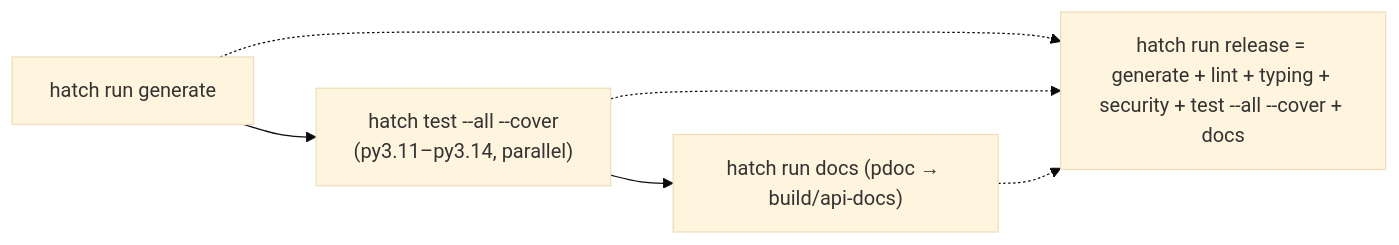
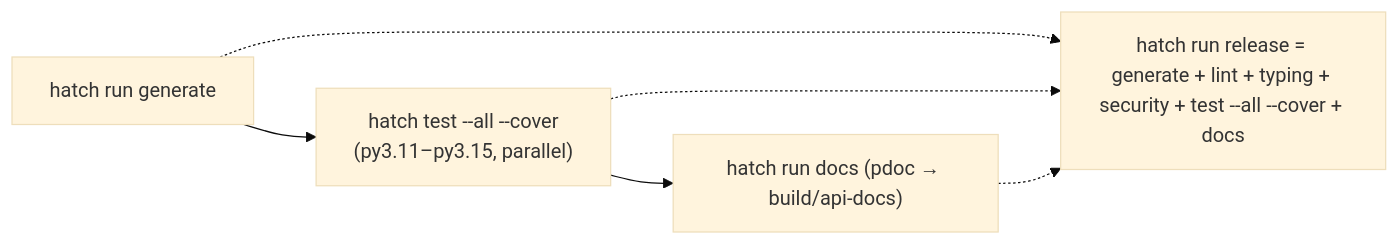
Before and after one commit to cairn-proofs/oscal-bindings-python: the seventh of 7 diagrams in .agents/summary/workflows.md, drawn with Mermaid (base theme). The commit also changed 7 other files, not shown here.

````diff
--- a/.agents/summary/workflows.md
+++ b/.agents/summary/workflows.md
@@ -175,8 +175,8 @@
 ```mermaid
 flowchart LR
-    G["hatch run generate"] --> T["hatch test --all --cover<br/>(py3.11–py3.14, parallel)"]
+    G["hatch run generate"] --> T["hatch test --all --cover<br/>(py3.11–py3.15, parallel)"]
     T --> D["hatch run docs (pdoc → build/api-docs)"]
     G -.-> R["hatch run release = generate + lint + typing + security + test --all --cover + docs"]
     T -.-> R
     D -.-> R
 ```
````
